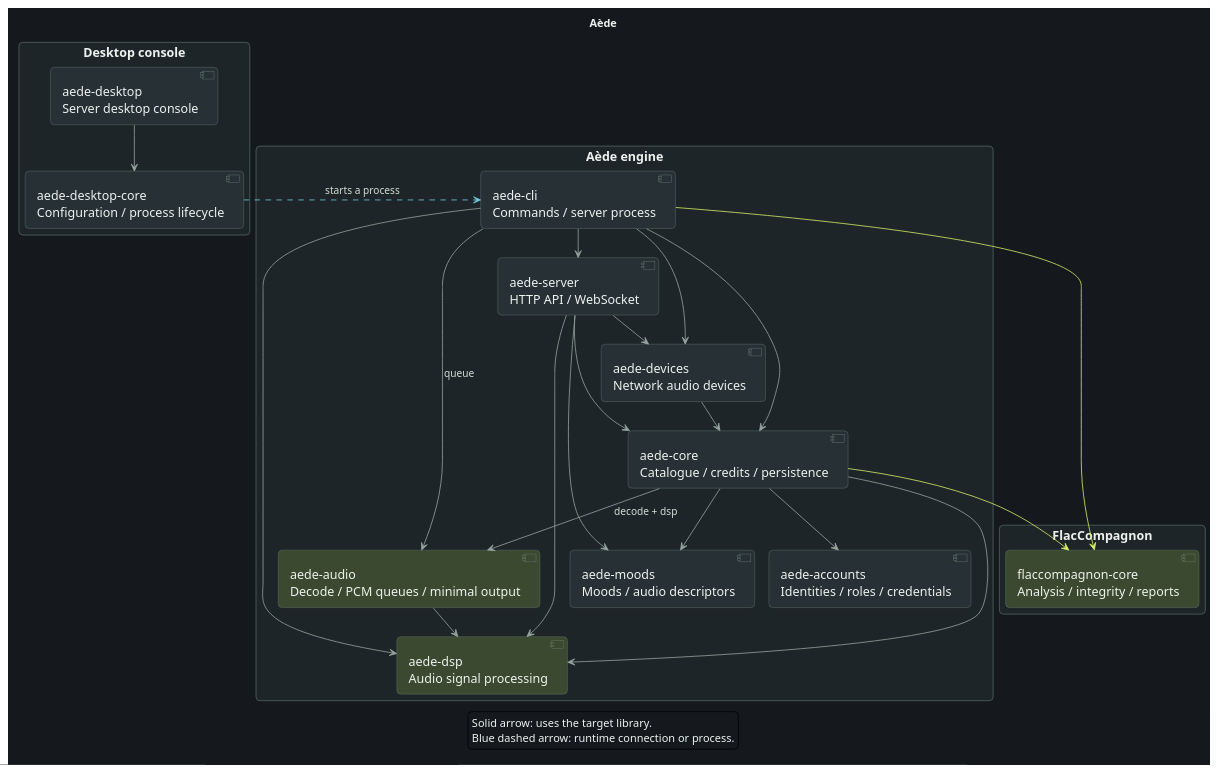
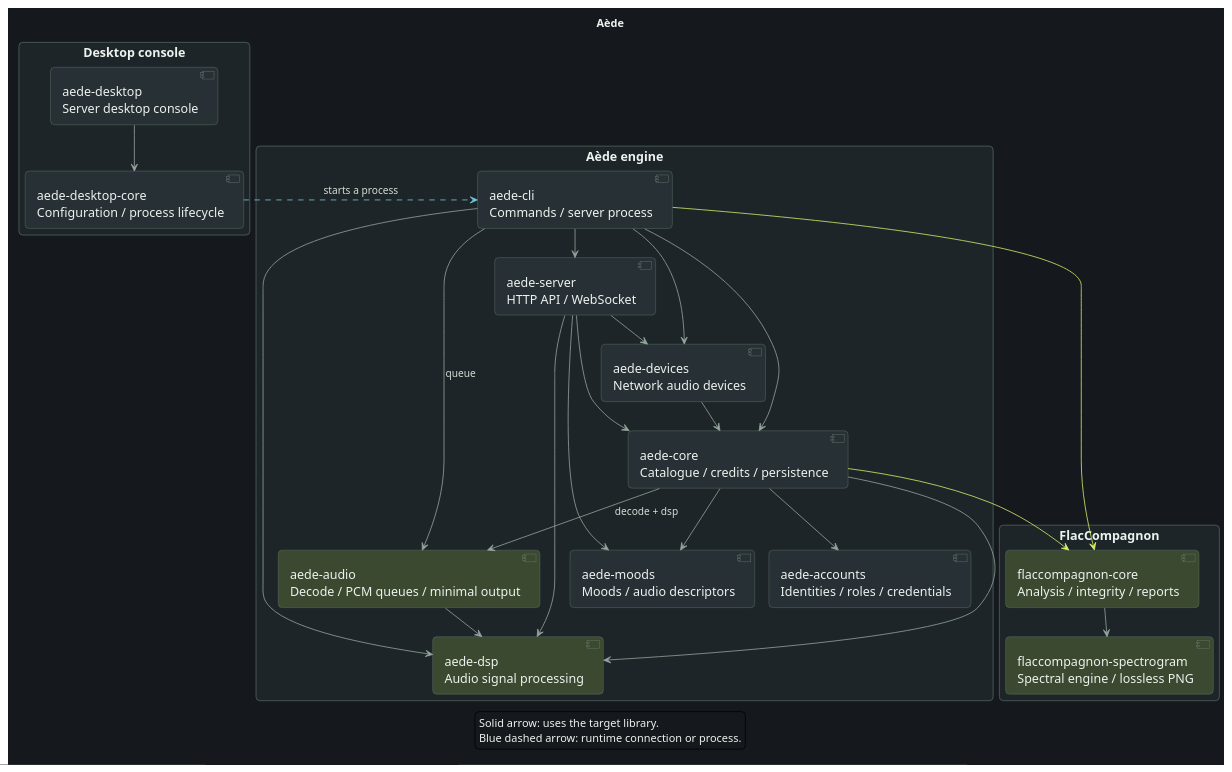
The diagram in docs/diagrams/ecosystem/en-aede.puml (craft-and-code/aede), drawn with PlantUML before and after one commit. The commit also changed 71 other files, not shown here.

```diff
--- a/docs/diagrams/ecosystem/en-aede.puml
+++ b/docs/diagrams/ecosystem/en-aede.puml
@@ -1,66 +1,68 @@
 @startuml en-aede
 !pragma layout smetana
 skinparam backgroundColor #15191D
 skinparam defaultFontName SansSerif
 skinparam defaultFontSize 16
 skinparam defaultFontColor #EDF2EE
 skinparam shadowing false
 skinparam roundcorner 10
 skinparam componentStyle uml2
 skinparam ArrowColor #96A79F
 skinparam ArrowFontColor #D0DDD5
 skinparam ArrowFontSize 13
 skinparam packageStyle rectangle
 skinparam packageBackgroundColor #1E2528
 skinparam packageBorderColor #52655D
 skinparam packageFontColor #F1F5F2
 skinparam packageFontSize 19
 skinparam componentBackgroundColor #273035
 skinparam componentBorderColor #6A7F73
 skinparam componentFontColor #EDF2EE
 skinparam nodesep 30
 skinparam ranksep 35
 hide stereotype
 
 title Aède
 package "Desktop console" {
 component "aede-desktop\nServer desktop console" as AApp
 component "aede-desktop-core\nConfiguration / process lifecycle" as AConsole
 }
 package "Aède engine" {
 component "aede-cli\nCommands / server process" as ACli
 component "aede-server\nHTTP API / WebSocket" as AServer
 component "aede-devices\nNetwork audio devices" as ADevices
 component "aede-core\nCatalogue / credits / persistence" as ACore
 component "aede-accounts\nIdentities / roles / credentials" as AAccounts
 component "aede-moods\nMoods / audio descriptors" as AMoods
 component "aede-audio\nDecode / PCM queues / minimal output" as AAudio #3B4930
 component "aede-dsp\nAudio signal processing" as ADsp #3B4930
 }
 package "FlacCompagnon" {
 component "flaccompagnon-core\nAnalysis / integrity / reports" as FCore #3B4930
+component "flaccompagnon-spectrogram\nSpectral engine / lossless PNG" as FSpectrogram #3B4930
 }
 AApp --> AConsole
 ACli --> AServer
 ACli --> ACore
 ACli --> ADevices
 ACli --> ADsp
 ACli --> AAudio : queue
 ACli -[#D8F36A]-> FCore
 AServer --> ACore
 AServer --> ADevices
 AServer --> AMoods
 AServer --> ADsp
 ADevices --> ACore
 ACore --> AAccounts
 ACore --> AMoods
 ACore --> ADsp
 ACore --> AAudio : decode + dsp
 ACore -[#D8F36A]-> FCore
+FCore --> FSpectrogram
 AAudio --> ADsp
 AConsole -[#71CDE1,dashed]right-> ACli : starts a process
 legend bottom
 Solid arrow: uses the target library.
 Blue dashed arrow: runtime connection or process.
 endlegend
 @enduml
```
